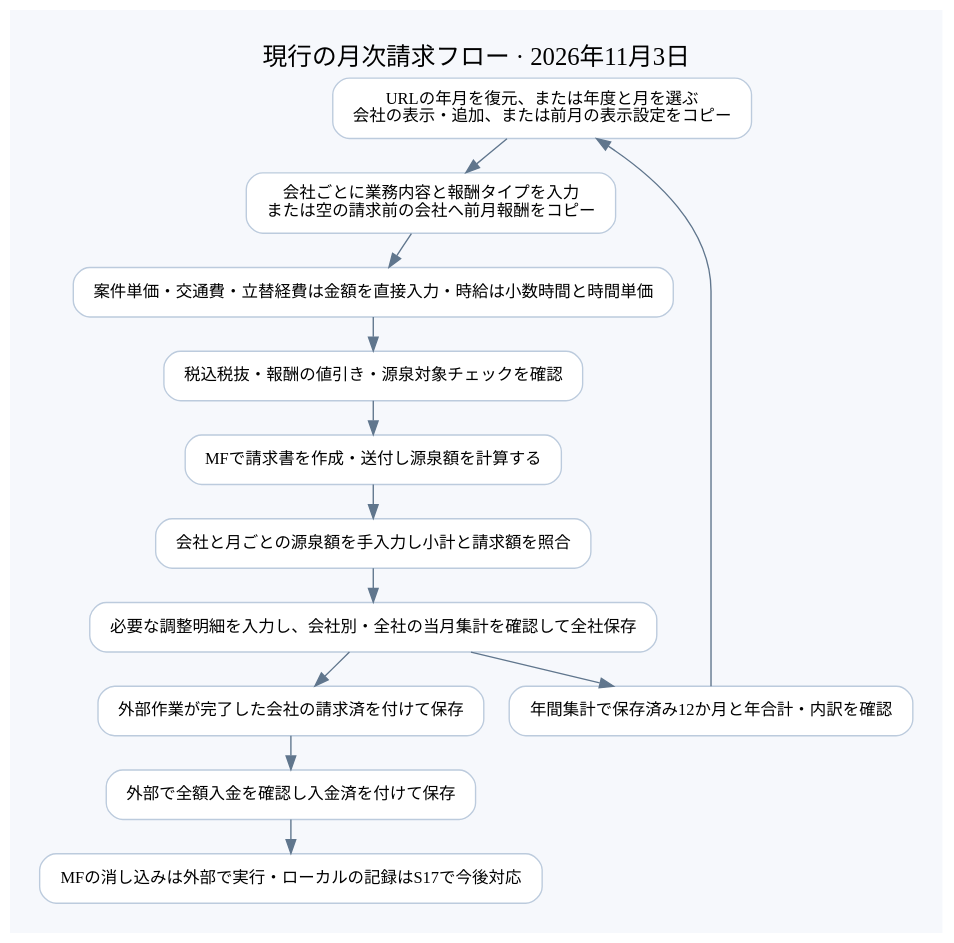
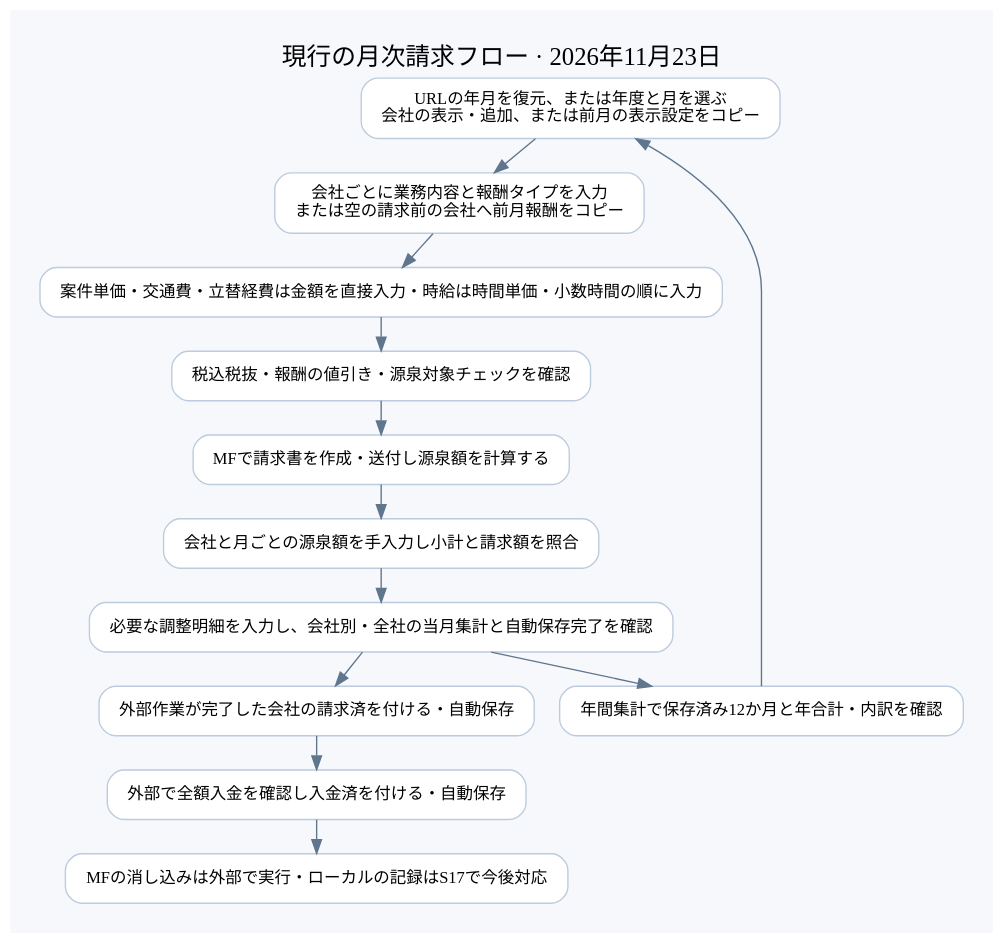
One commit to Takashi-Fujie/Invoice_management_tool changed the diagram in docs/diagrams/monthly-flow.dot. Above: the diagram before and after it, drawn with Graphviz. The commit also changed 30 other files, not shown here.

```diff
--- a/docs/diagrams/monthly-flow.dot
+++ b/docs/diagrams/monthly-flow.dot
@@ -1,28 +1,28 @@
 // 生成元: docs/業務フロー.md §1。現行の操作だけを表示。
 digraph monthly {
-graph [rankdir=TB,bgcolor="#f6f8fc",pad="0.3",ranksep="0.35",fontname="Hiragino Sans",fontsize=18,label="現行の月次請求フロー · 2026年11月3日",labelloc=t];
+graph [rankdir=TB,bgcolor="#f6f8fc",pad="0.3",ranksep="0.35",fontname="Hiragino Sans",fontsize=18,label="現行の月次請求フロー · 2026年11月23日",labelloc=t];
 node [shape=box,style="rounded,filled",fillcolor=white,color="#bccbdd",fontname="Hiragino Sans",fontsize=12,margin="0.2,0.12"];
 edge [color="#60768d"];
 A [label="URLの年月を復元、または年度と月を選ぶ\n会社の表示・追加、または前月の表示設定をコピー"];
 B [label="会社ごとに業務内容と報酬タイプを入力\nまたは空の請求前の会社へ前月報酬をコピー"];
-C [label="案件単価・交通費・立替経費は金額を直接入力・時給は小数時間と時間単価"];
+C [label="案件単価・交通費・立替経費は金額を直接入力・時給は時間単価・小数時間の順に入力"];
 D [label="税込税抜・報酬の値引き・源泉対象チェックを確認"];
 E [label="MFで請求書を作成・送付し源泉額を計算する"];
 F [label="会社と月ごとの源泉額を手入力し小計と請求額を照合"];
-G [label="必要な調整明細を入力し、会社別・全社の当月集計を確認して全社保存"];
-H [label="外部作業が完了した会社の請求済を付けて保存"];
-I [label="外部で全額入金を確認し入金済を付けて保存"];
+G [label="必要な調整明細を入力し、会社別・全社の当月集計と自動保存完了を確認"];
+H [label="外部作業が完了した会社の請求済を付ける・自動保存"];
+I [label="外部で全額入金を確認し入金済を付ける・自動保存"];
 J [label="MFの消し込みは外部で実行・ローカルの記録はS17で今後対応"];
 K [label="年間集計で保存済み12か月と年合計・内訳を確認"];
 G -> K;
 K -> A;
 A -> B;
 B -> C;
 C -> D;
 D -> E;
 E -> F;
 F -> G;
 G -> H;
 H -> I;
 I -> J;
 }
```
